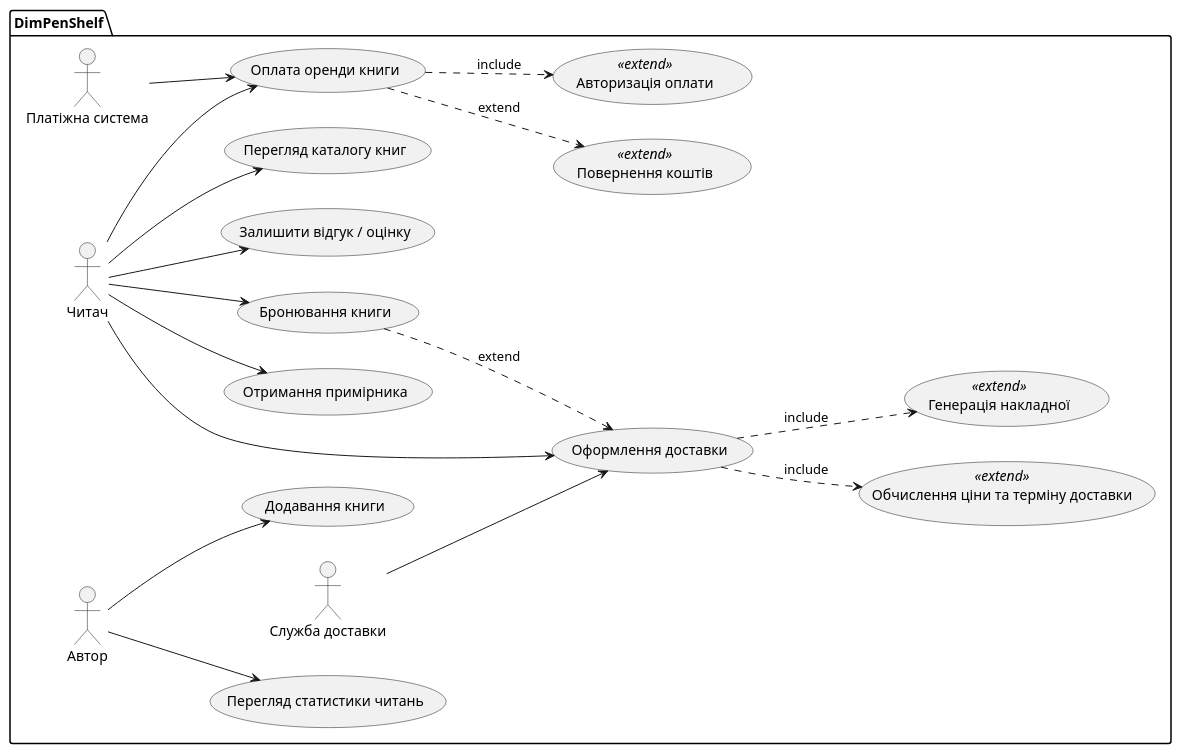
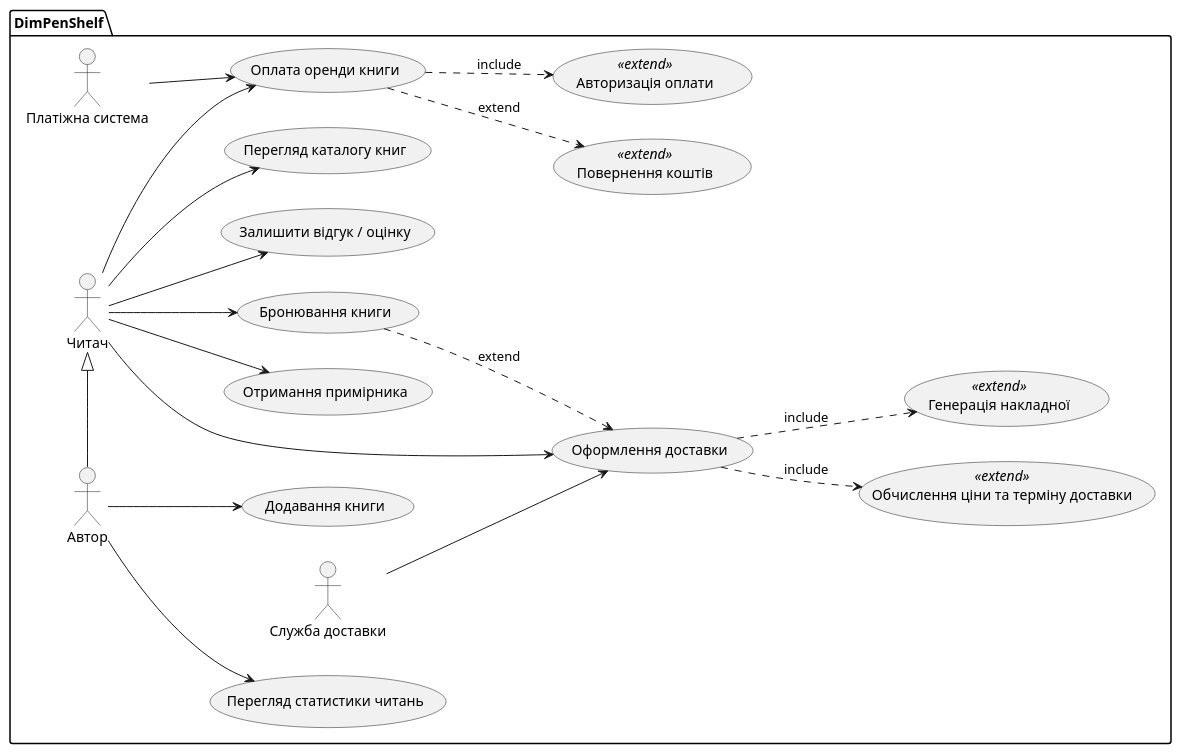
The diagram in Lab2/use-case-diagram.puml (dimpennn/KPI-2), drawn with PlantUML before and after one commit. The commit also changed 5 other files, not shown here.

```diff
--- a/Lab2/use-case-diagram.puml
+++ b/Lab2/use-case-diagram.puml
@@ -1,53 +1,56 @@
 @startuml
 skinparam monochrome true
 skinparam shadowing false
 left to right direction
 
 package "DimPenShelf" {
 
   actor "Читач" as Reader
   actor "Автор" as Author
   actor "Служба доставки" as Delivery
   actor "Платіжна система" as Payment
+
+  ''' Author успадковує всі права та можливості Читача '''
+  Author -|> Reader
 
   usecase "Перегляд каталогу книг" as UC1
   usecase "Бронювання книги" as UC2
   usecase "Оплата оренди книги" as UC3
   usecase "Оформлення доставки" as UC4
   usecase "Отримання примірника" as UC5
   usecase "Залишити відгук / оцінку" as UC6
   usecase "Додавання книги" as UC7
   usecase "Перегляд статистики читань" as UC8
 
   usecase "Авторизація оплати" as ExtPayAuth <<extend>>
   usecase "Повернення коштів" as ExtPayRefund <<extend>>
   usecase "Обчислення ціни та терміну доставки" as ExtDelCalc <<extend>>
   usecase "Генерація накладної" as ExtDelInvoice <<extend>>
 
   ''' Базові прецеденти Читача '''
   Reader --> UC1
   Reader --> UC2
   Reader --> UC3
   Reader --> UC4
   Reader --> UC5
   Reader --> UC6
 
   ''' Прецеденти Autorа '''
   Author --> UC7
   Author --> UC8
 
   ''' Взовнішні системи '''
   Payment --> UC3
   Delivery --> UC4
 
   ''' Include — обов'язкові підпроцеси '''
   UC3 ..> ExtPayAuth : include
   UC4 ..> ExtDelCalc : include
   UC4 ..> ExtDelInvoice : include
 
   ''' Extend — додаткова / умовна поведінка '''
   UC3 ..> ExtPayRefund : extend
   UC2 ..> UC4 : extend
 }
 
 @enduml
```
